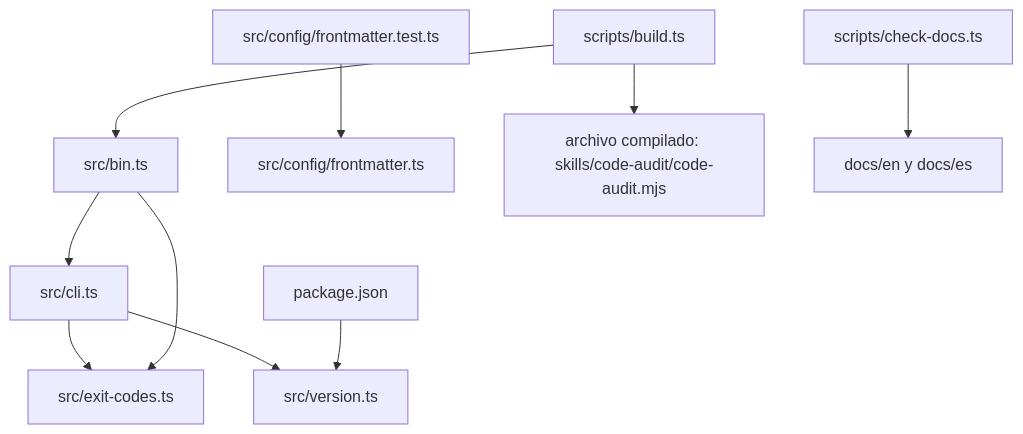
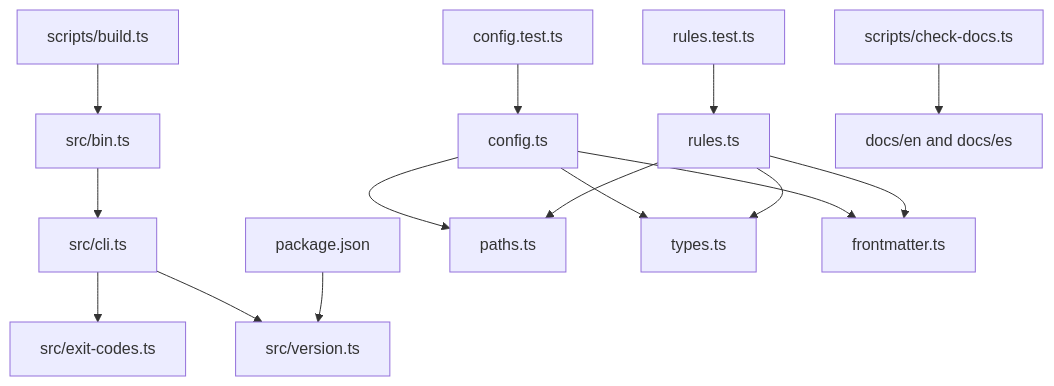
The diagram in docs/es/2-architecture/10-architecture.md (CodeLab614-AI/code-audit), drawn with Mermaid before and after one commit. The commit also changed other lines of this file and 44 other files, not shown here.

````diff
--- a/docs/es/2-architecture/10-architecture.md
+++ b/docs/es/2-architecture/10-architecture.md
@@ -8,12 +8,17 @@
 ```mermaid
 flowchart TD
     bin["src/bin.ts"] --> cli["src/cli.ts"]
     cli --> codes["src/exit-codes.ts"]
     cli --> version["src/version.ts"]
-    bin --> codes
     pkg["package.json"] --> version
-    frontmatterTest["src/config/frontmatter.test.ts"] --> frontmatter["src/config/frontmatter.ts"]
-    build["scripts/build.ts"] --> artifact["archivo compilado: skills/code-audit/code-audit.mjs"]
-    build --> bin
-    docsCheck["scripts/check-docs.ts"] --> docs["docs/en y docs/es"]
+    configTest["config.test.ts"] --> config["config.ts"]
+    rulesTest["rules.test.ts"] --> rules["rules.ts"]
+    config --> paths["paths.ts"]
+    config --> types["types.ts"]
+    config --> frontmatter["frontmatter.ts"]
+    rules --> paths
+    rules --> types
+    rules --> frontmatter
+    build["scripts/build.ts"] --> bin
+    docsCheck["scripts/check-docs.ts"] --> docs["docs/en and docs/es"]
 ```
````
